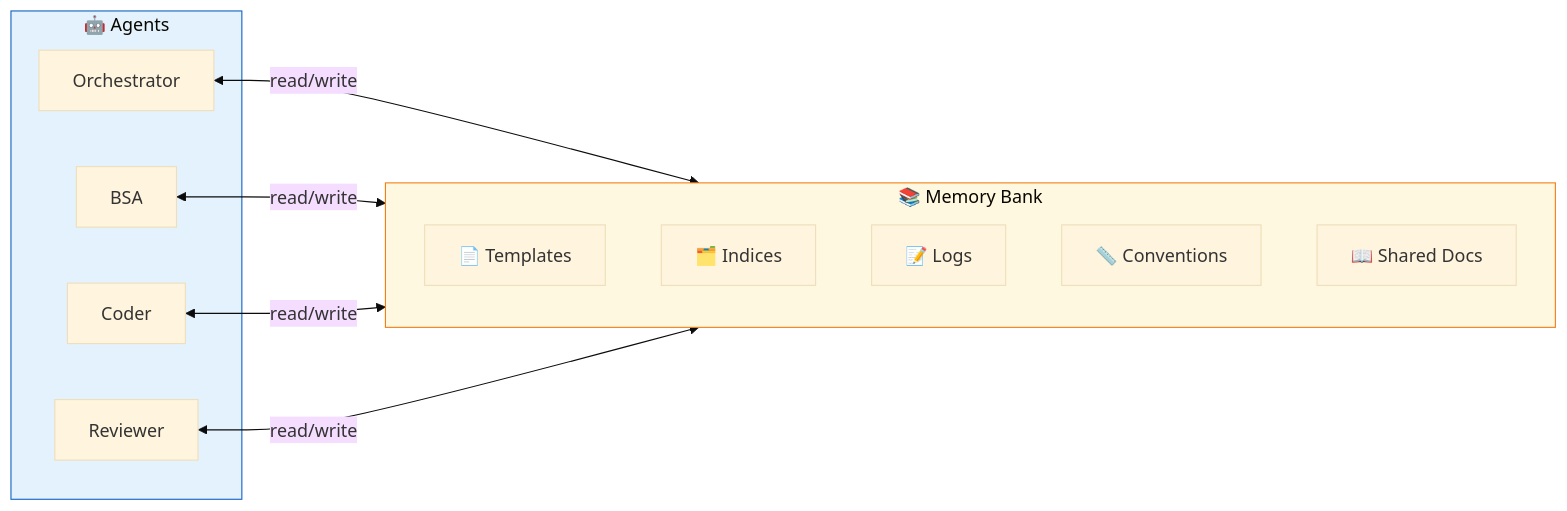
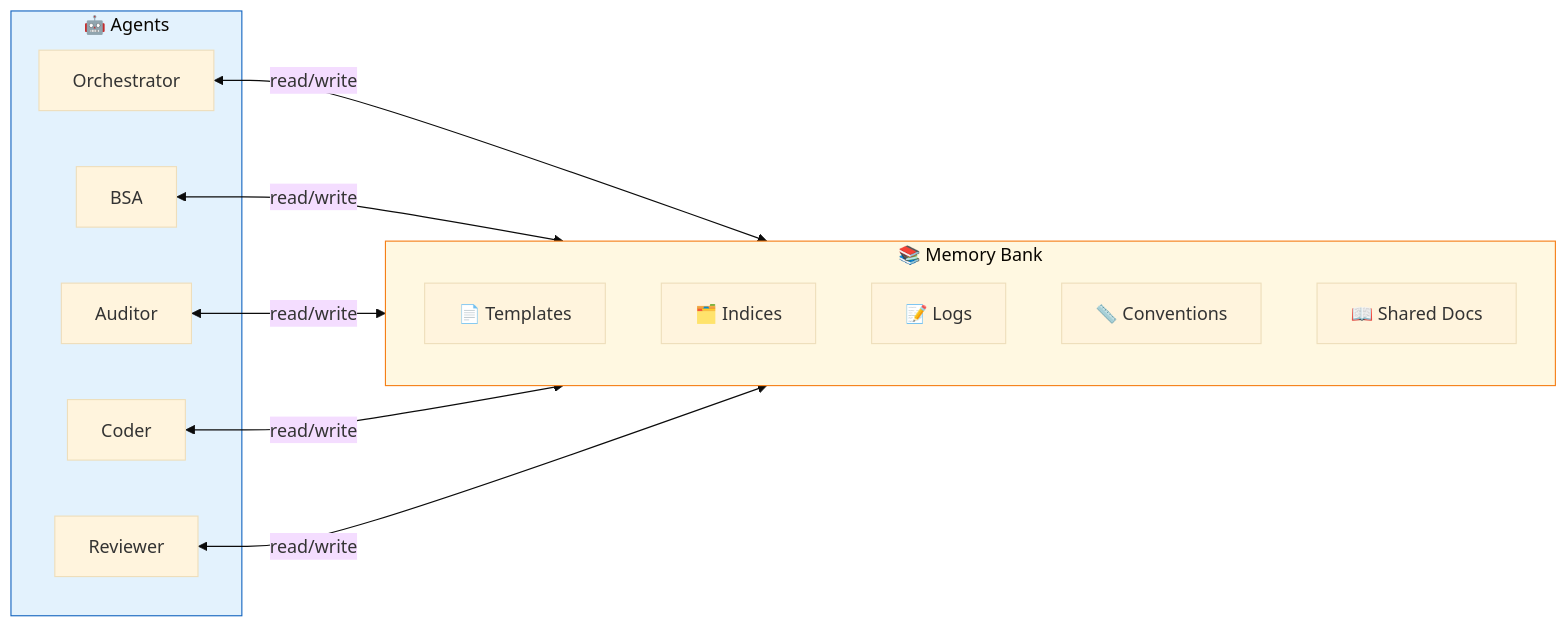
The third of 7 diagrams in .github/workflow.md (hgmancholam/novum), drawn with Mermaid (base theme) before and after one commit. The commit also changed other lines of this file and 9 other files, not shown here.

````diff
--- a/.github/workflow.md
+++ b/.github/workflow.md
@@ -225,26 +277,28 @@
 ```mermaid
 flowchart LR
     subgraph MB["📚 Memory Bank"]
         direction TB
         T["📄 Templates"]
         I["🗂️ Indices"]
         L["📝 Logs"]
         C["📏 Conventions"]
         S["📖 Shared Docs"]
     end
 
     subgraph AGENTS["🤖 Agents"]
         O["Orchestrator"]
         B["BSA"]
+        AU["Auditor"]
         CD["Coder"]
         R["Reviewer"]
     end
 
     O <-->|"read/write"| MB
     B <-->|"read/write"| MB
+    AU <-->|"read/write"| MB
     CD <-->|"read/write"| MB
     R <-->|"read/write"| MB
 
     style MB fill:#fff8e1,stroke:#f57f17
     style AGENTS fill:#e3f2fd,stroke:#1565c0
 ```
````
